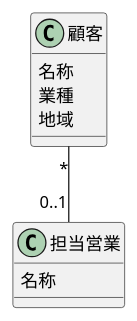
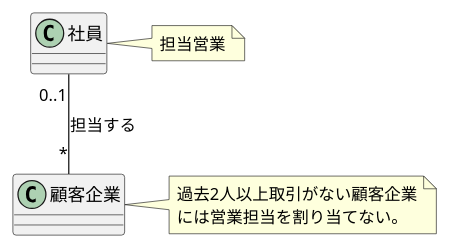
One commit to yinm/uml-modeling-lesson changed the diagram in ch08/excercise/8-2.puml. Above: the diagram before and after it, drawn with PlantUML. The commit also changed 2 other files, not shown here.

```diff
--- a/ch08/excercise/8-2.puml
+++ b/ch08/excercise/8-2.puml
@@ -1,15 +1,13 @@
 @startuml
 
-class 顧客 {
-  名称
-  業種
-  地域
+class 社員 {
 }
+note right: 担当営業
 
-class 担当営業 {
-  名称
+class 顧客企業 {
 }
+note right: 過去2人以上取引がない顧客企業\nには営業担当を割り当てない。
 
-顧客 "*"--"0..1" 担当営業
+社員 "0..1"--"*" 顧客企業 : 担当する
 
 @enduml
```
